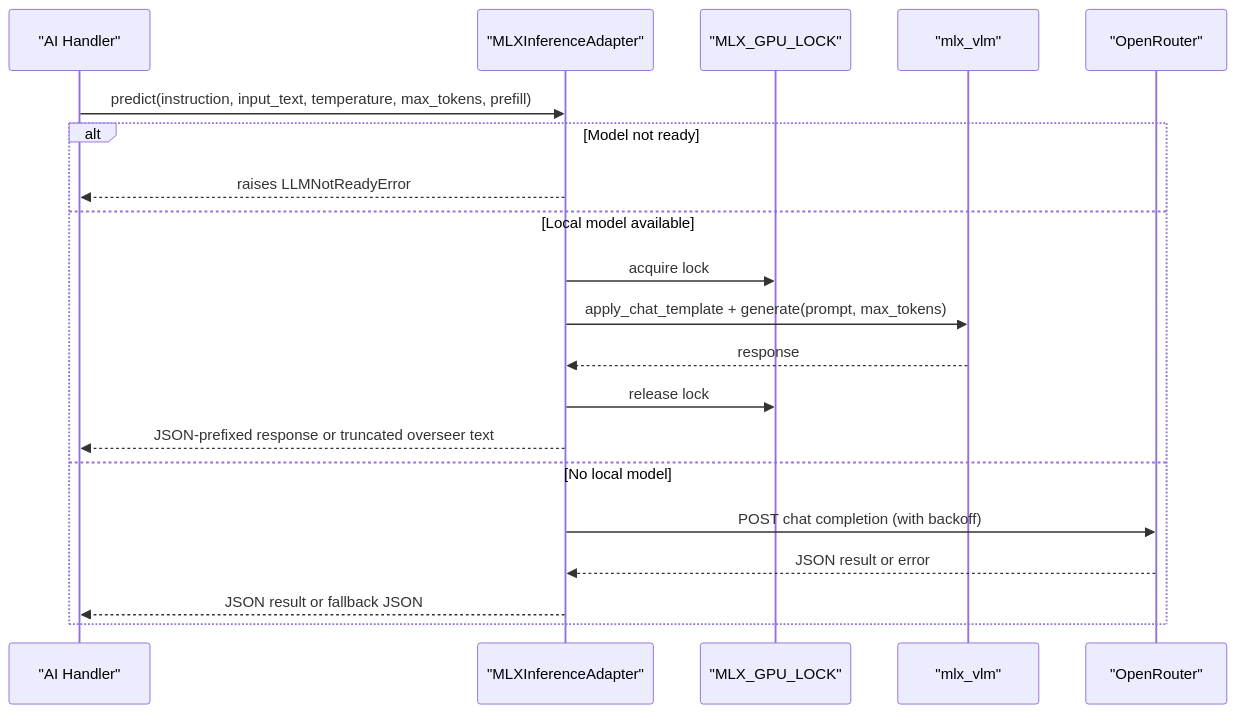
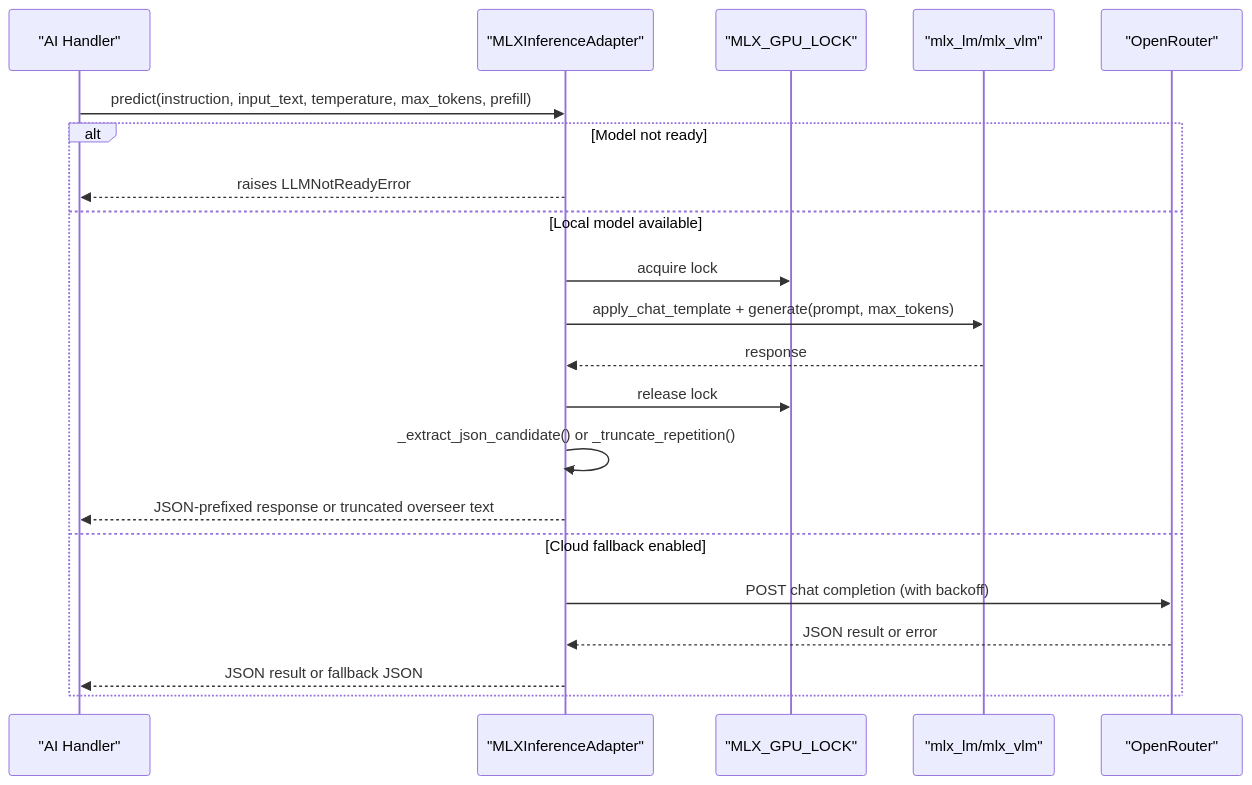
One commit to gemrajkhatry-maker/v5-of-glassytrade-ai changed the fourth of 6 diagrams in .qoder/repowiki/en/content/Backend Application/Infrastructure Adapters/ML Inference Adapters.md. Above: the diagram before and after it, drawn with Mermaid. The commit also changed other lines of this file and 930 other files, not shown here.

````diff
--- a/.qoder/repowiki/en/content/Backend Application/Infrastructure Adapters/ML Inference Adapters.md
+++ b/.qoder/repowiki/en/content/Backend Application/Infrastructure Adapters/ML Inference Adapters.md
@@ -185,22 +279,23 @@
 ```mermaid
 sequenceDiagram
 participant Client as "AI Handler"
 participant Adapter as "MLXInferenceAdapter"
 participant GPU as "MLX_GPU_LOCK"
-participant MLX as "mlx_vlm"
+participant MLX as "mlx_lm/mlx_vlm"
 participant Cloud as "OpenRouter"
 Client->>Adapter : predict(instruction, input_text, temperature, max_tokens, prefill)
 alt Model not ready
 Adapter-->>Client : raises LLMNotReadyError
 else Local model available
 Adapter->>GPU : acquire lock
 Adapter->>MLX : apply_chat_template + generate(prompt, max_tokens)
 MLX-->>Adapter : response
 Adapter->>GPU : release lock
+Adapter->>Adapter : _extract_json_candidate() or _truncate_repetition()
 Adapter-->>Client : JSON-prefixed response or truncated overseer text
-else No local model
+else Cloud fallback enabled
 Adapter->>Cloud : POST chat completion (with backoff)
 Cloud-->>Adapter : JSON result or error
 Adapter-->>Client : JSON result or fallback JSON
 end
 ```
````
